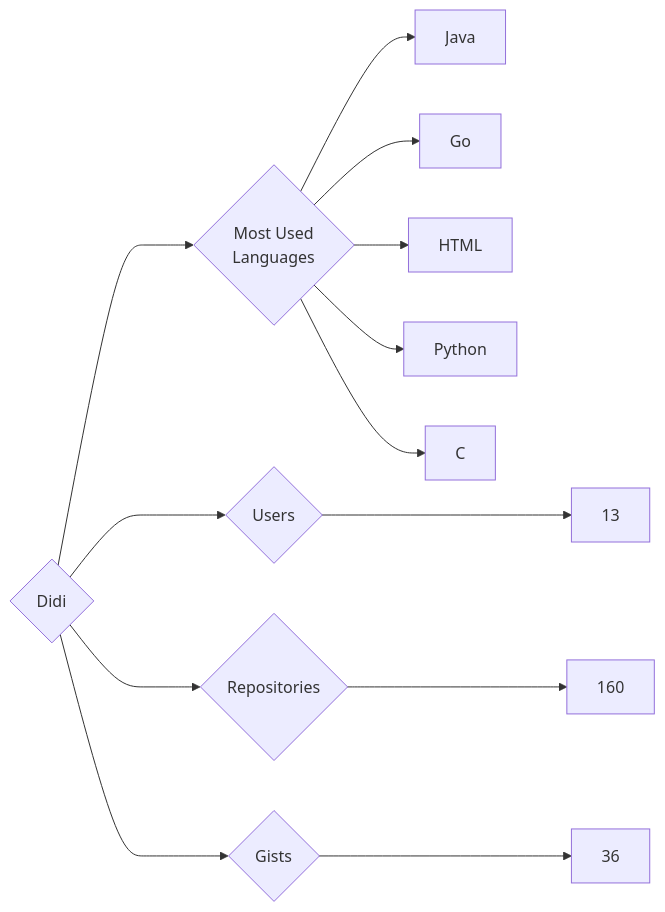
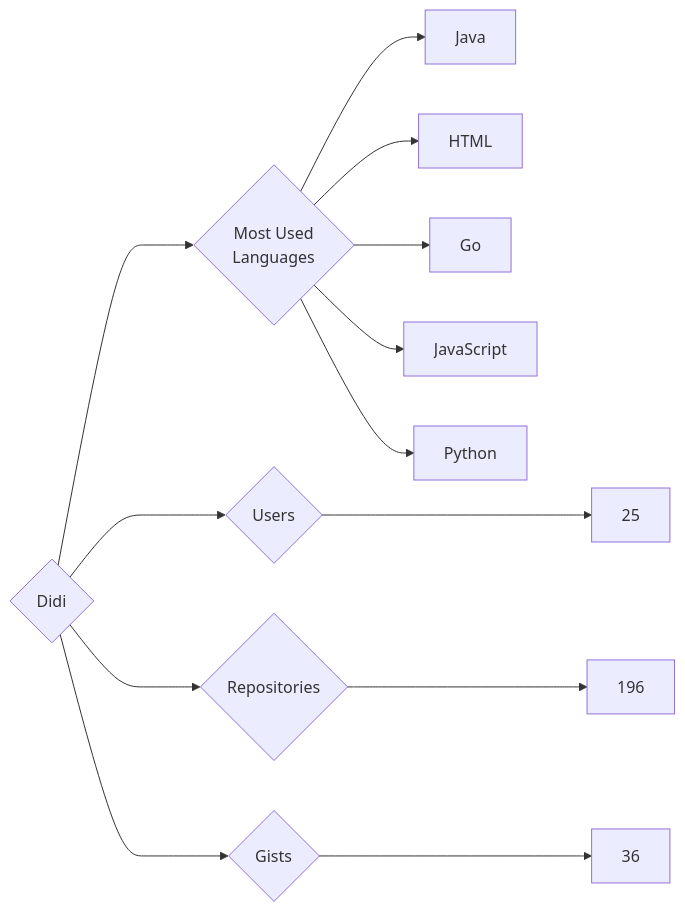
The diagram in targets/Didi/README.md (trickest/insiders), drawn with Mermaid before and after one commit. The commit also changed 682 other files, not shown here.

````diff
--- a/targets/Didi/README.md
+++ b/targets/Didi/README.md
@@ -3,13 +3,13 @@
 ```mermaid
 graph LR
 COMPANY_NAME{Didi}
-COMPANY_NAME ---> U{Users} ---> UN[13]
-COMPANY_NAME ---> R{Repositories} ---> RN[160]
+COMPANY_NAME ---> U{Users} ---> UN[25]
+COMPANY_NAME ---> R{Repositories} ---> RN[196]
 COMPANY_NAME ---> G{Gists} ---> GN[36]
 COMPANY_NAME ---> ML{Most Used<br>Languages}
 ML --> Java[Java]
+ML --> HTML[HTML]
 ML --> Go[Go]
-ML --> HTML[HTML]
+ML --> JavaScript[JavaScript]
 ML --> Python[Python]
-ML --> C[C]
 ```
````
